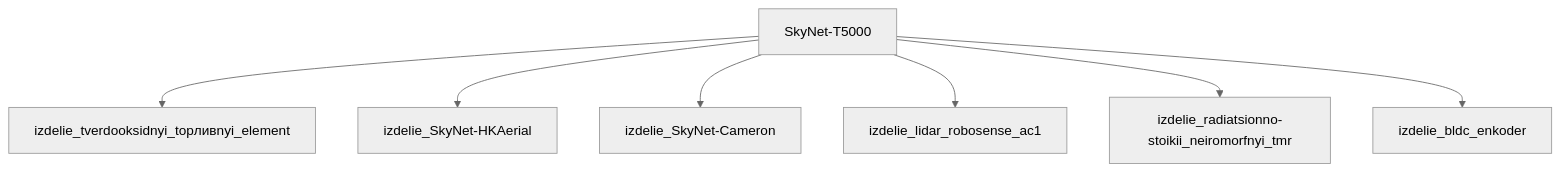
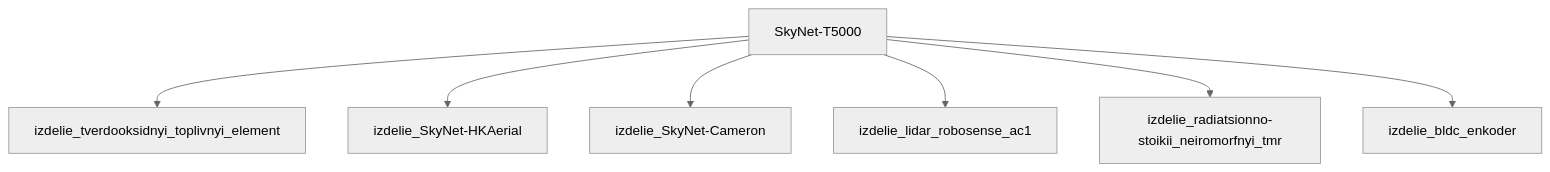
Before and after one commit to a-m-e-n-t-e-t/SkyNet: the diagram in результаты/модели/t5000/фантастическая реализация/_index.md, drawn with Mermaid (neutral theme). The commit also changed other lines of this file and 53 other files, not shown here.

````diff
--- a/результаты/модели/t5000/фантастическая реализация/_index.md
+++ b/результаты/модели/t5000/фантастическая реализация/_index.md
@@ -167,16 +116,16 @@
 ```mermaid
 graph TD
     SkyNet_T5000["SkyNet-T5000"]
-    izdelie_tverdooksidnyi_top___nyi_element["izdelie_tverdooksidnyi_topливnyi_element"]
-    SkyNet_T5000 --> izdelie_tverdooksidnyi_top___nyi_element
+    izdelie_tverdooksidnyi_toplivnyi_element["izdelie_tverdooksidnyi_toplivnyi_element"]
+    SkyNet_T5000 --> izdelie_tverdooksidnyi_toplivnyi_element
     izdelie_SkyNet_HKAerial["izdelie_SkyNet-HKAerial"]
     SkyNet_T5000 --> izdelie_SkyNet_HKAerial
     izdelie_SkyNet_Cameron["izdelie_SkyNet-Cameron"]
     SkyNet_T5000 --> izdelie_SkyNet_Cameron
     izdelie_lidar_robosense_ac1["izdelie_lidar_robosense_ac1"]
     SkyNet_T5000 --> izdelie_lidar_robosense_ac1
     izdelie_radiatsionno_stoikii_neiromorfnyi_tmr["izdelie_radiatsionno-stoikii_neiromorfnyi_tmr"]
     SkyNet_T5000 --> izdelie_radiatsionno_stoikii_neiromorfnyi_tmr
     izdelie_bldc_enkoder["izdelie_bldc_enkoder"]
     SkyNet_T5000 --> izdelie_bldc_enkoder
 ```
````
